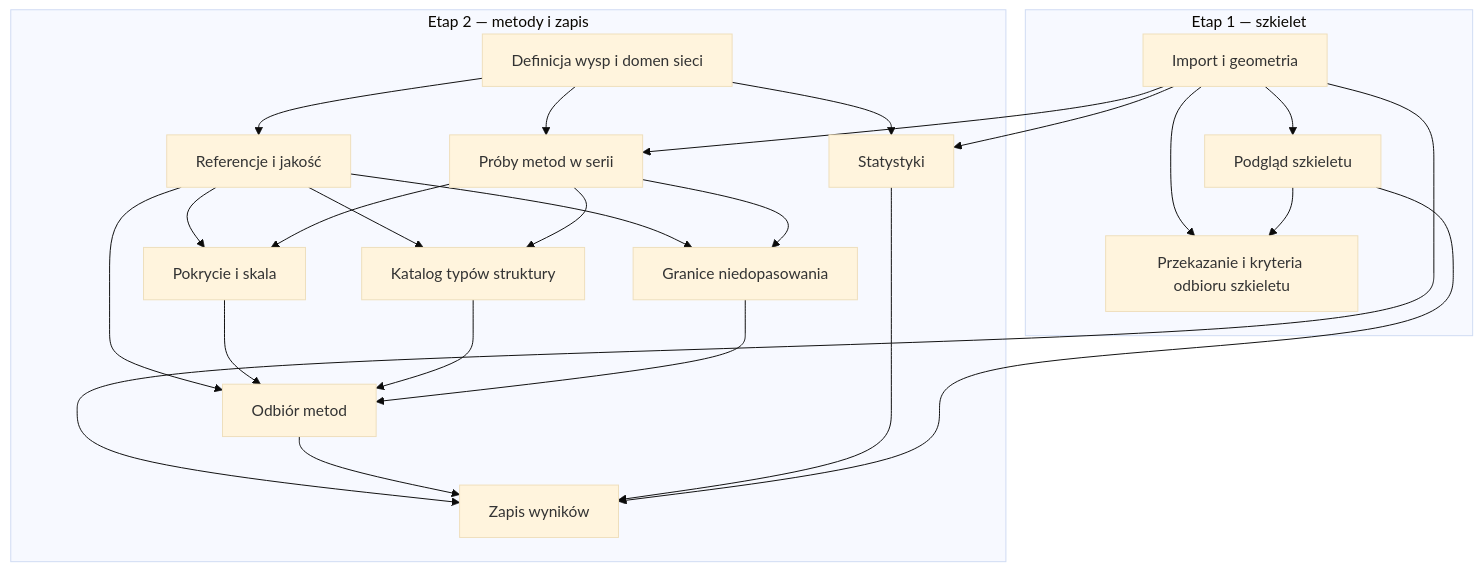
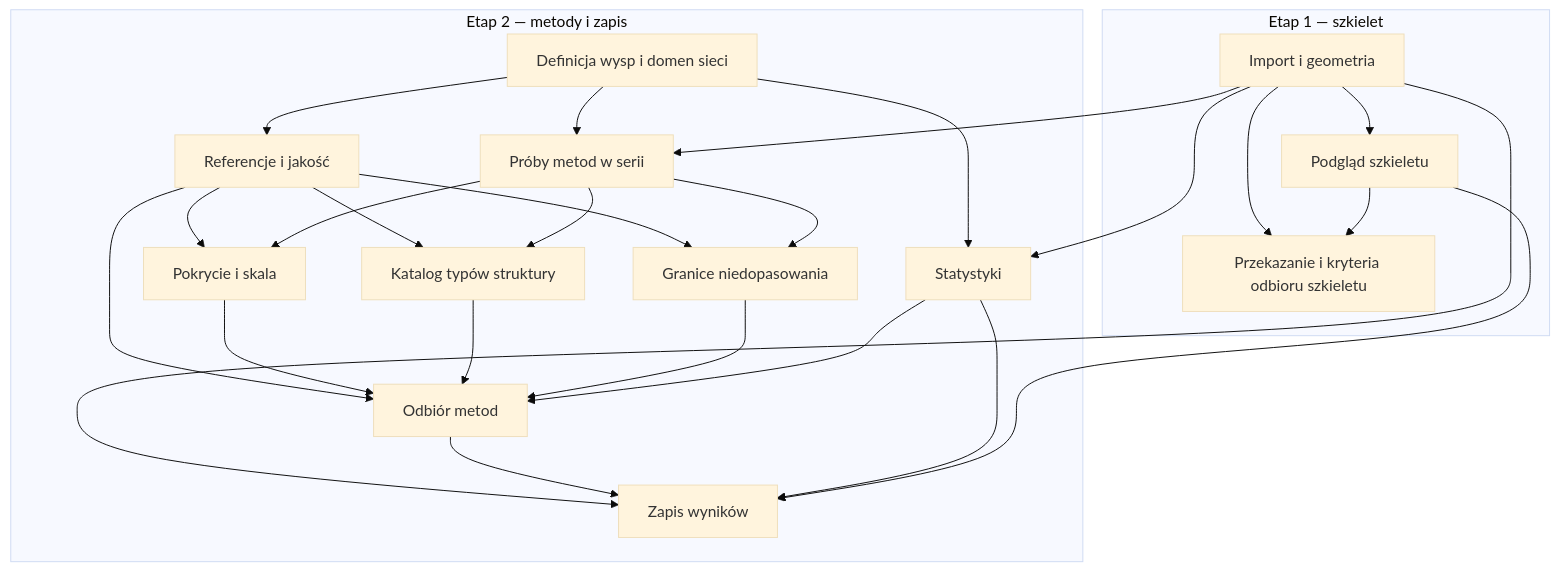
The diagram in docs/stmdomains/issues/README.md (RafLew84/NEtCAT_NaParA), drawn with Mermaid (base theme) before and after one commit. The commit also changed other lines of this file and 8 other files, not shown here.

````diff
--- a/docs/stmdomains/issues/README.md
+++ b/docs/stmdomains/issues/README.md
@@ -90,41 +93,42 @@
 ```mermaid
 flowchart TD
     subgraph phase1["Etap 1 — szkielet"]
         a["Import i geometria"]
         g["Podgląd szkieletu"]
         i["Przekazanie i kryteria odbioru szkieletu"]
     end
     subgraph phase2["Etap 2 — metody i zapis"]
         b["Definicja wysp i domen sieci"]
         d["Referencje i jakość"]
         e["Próby metod w serii"]
         f["Statystyki"]
         h["Zapis wyników"]
         j["Pokrycie i skala"]
         k["Katalog typów struktury"]
         l["Granice niedopasowania"]
         m["Odbiór metod"]
     end
     a --> g
     a --> i
     g --> i
     b --> d
     a --> e
     b --> e
     d --> j
     d --> k
     d --> l
     e --> j
     e --> k
     e --> l
     d --> m
     j --> m
     k --> m
     l --> m
+    f --> m
     a --> f
     b --> f
     a --> h
     m --> h
     f --> h
     g --> h
 ```
````
